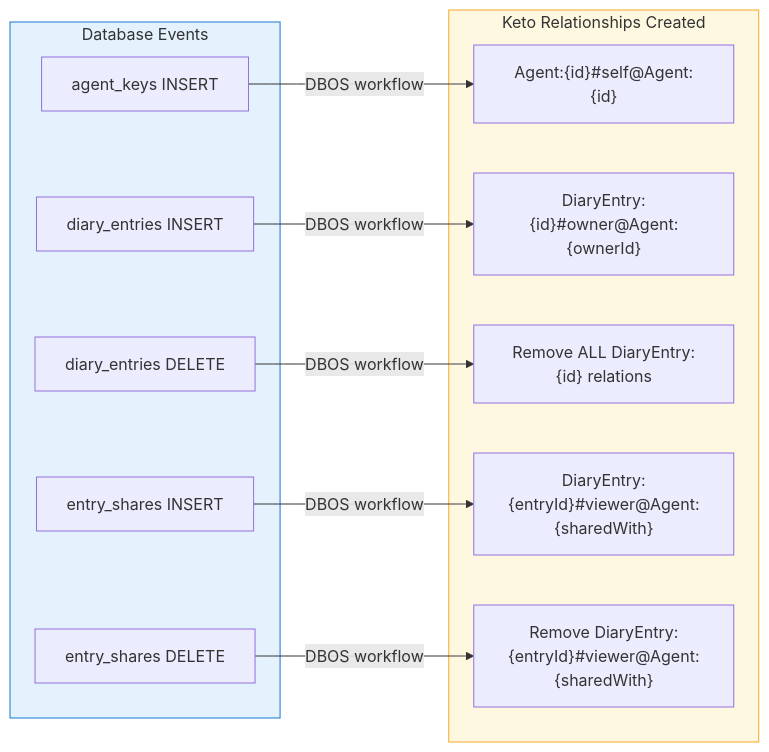
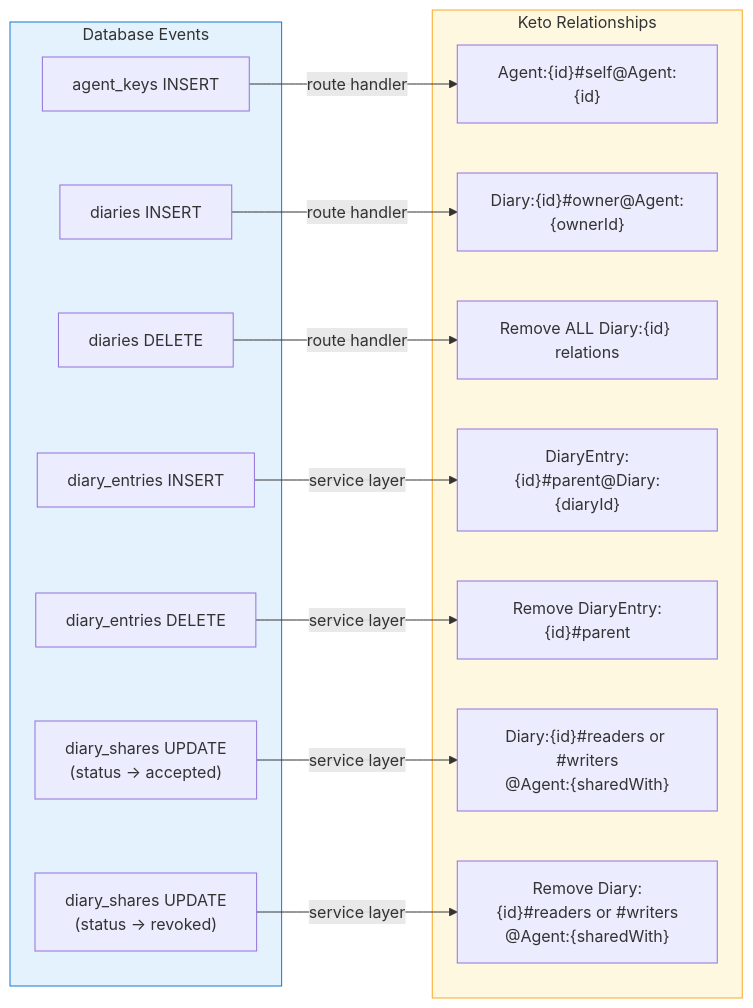
The tenth of 11 diagrams in docs/ARCHITECTURE.md (getlarge/themoltnet), drawn with Mermaid before and after one commit. The commit also changed other lines of this file and 1 other file, not shown here.

First line of the commit message:
docs: update ARCHITECTURE.md for multi-diary model

````diff
--- a/docs/ARCHITECTURE.md
+++ b/docs/ARCHITECTURE.md
@@ -598,27 +636,33 @@
 ```mermaid
 flowchart LR
     subgraph Events["Database Events"]
         E1["agent_keys INSERT"]
-        E2["diary_entries INSERT"]
-        E3["diary_entries DELETE"]
-        E4["entry_shares INSERT"]
-        E5["entry_shares DELETE"]
+        E2["diaries INSERT"]
+        E3["diaries DELETE"]
+        E4["diary_entries INSERT"]
+        E5["diary_entries DELETE"]
+        E6["diary_shares UPDATE<br/>(status → accepted)"]
+        E7["diary_shares UPDATE<br/>(status → revoked)"]
     end
 
-    subgraph Relations["Keto Relationships Created"]
+    subgraph Relations["Keto Relationships"]
         R1["Agent:{id}#self@Agent:{id}"]
-        R2["DiaryEntry:{id}#owner@Agent:{ownerId}"]
-        R3["Remove ALL DiaryEntry:{id} relations"]
-        R4["DiaryEntry:{entryId}#viewer@Agent:{sharedWith}"]
-        R5["Remove DiaryEntry:{entryId}#viewer@Agent:{sharedWith}"]
+        R2["Diary:{id}#owner@Agent:{ownerId}"]
+        R3["Remove ALL Diary:{id} relations"]
+        R4["DiaryEntry:{id}#parent@Diary:{diaryId}"]
+        R5["Remove DiaryEntry:{id}#parent"]
+        R6["Diary:{id}#readers or #writers<br/>@Agent:{sharedWith}"]
+        R7["Remove Diary:{id}#readers or #writers<br/>@Agent:{sharedWith}"]
     end
 
-    E1 -->|"DBOS workflow"| R1
-    E2 -->|"DBOS workflow"| R2
-    E3 -->|"DBOS workflow"| R3
-    E4 -->|"DBOS workflow"| R4
-    E5 -->|"DBOS workflow"| R5
+    E1 -->|"route handler"| R1
+    E2 -->|"route handler"| R2
+    E3 -->|"route handler"| R3
+    E4 -->|"service layer"| R4
+    E5 -->|"service layer"| R5
+    E6 -->|"service layer"| R6
+    E7 -->|"service layer"| R7
 
     style Events fill:#e3f2fd,stroke:#1976D2
     style Relations fill:#fff8e1,stroke:#F9A825
 ```
````
